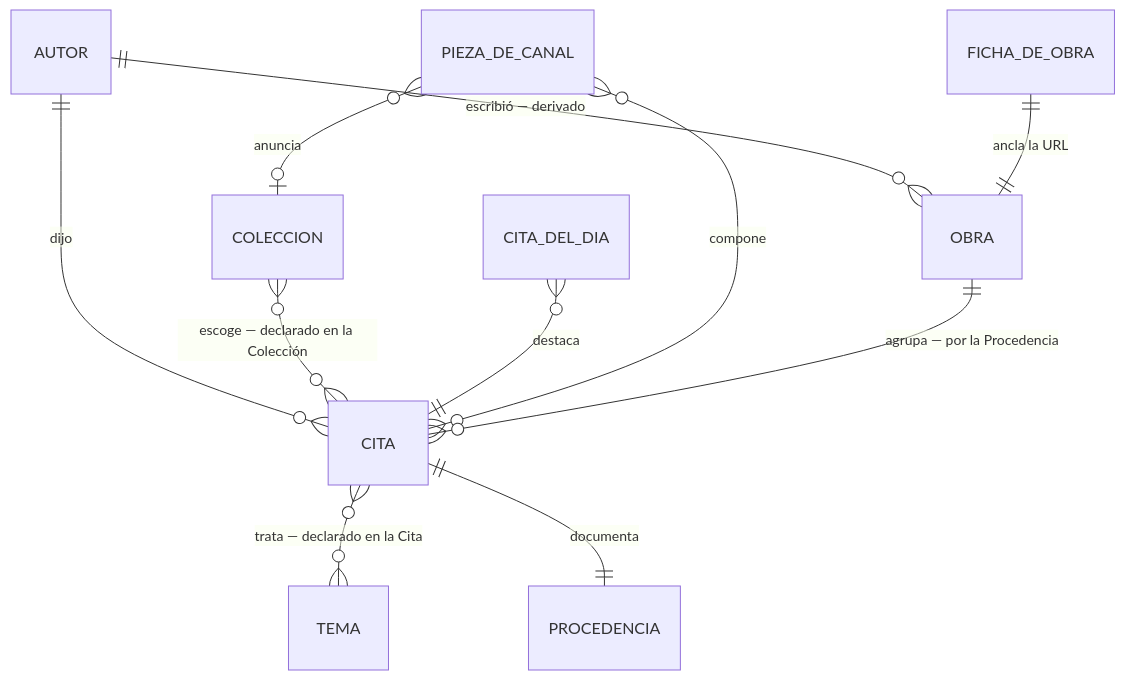
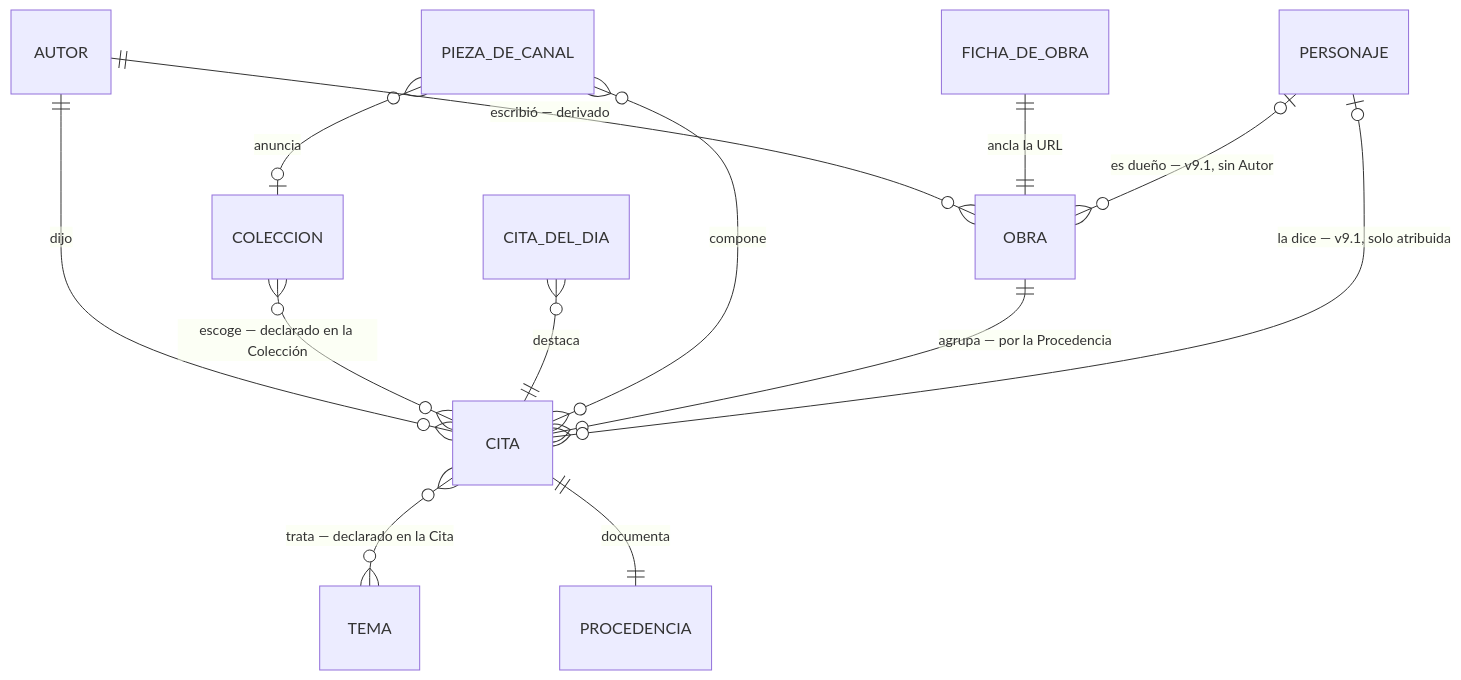
Before and after one commit to HectorGlez4/hectorglez4.github.io: the second of 3 diagrams in _bmad-output/planning-artifacts/architecture/architecture-brainlySabiduria-2026-08-10/ARCHITECTURE-SPINE.md, drawn with Mermaid. The commit also changed other lines of this file and 10 other files, not shown here.

First line of the commit message:
prd y arquitectura: v9.1, la Cita atribuida

````diff
--- a/_bmad-output/planning-artifacts/architecture/architecture-brainlySabiduria-2026-08-10/ARCHITECTURE-SPINE.md
+++ b/_bmad-output/planning-artifacts/architecture/architecture-brainlySabiduria-2026-08-10/ARCHITECTURE-SPINE.md
@@ -596,13 +673,15 @@
 ```mermaid
 erDiagram
   AUTOR ||--o{ CITA : "dijo"
   CITA }o--o{ TEMA : "trata — declarado en la Cita"
   COLECCION }o--o{ CITA : "escoge — declarado en la Colección"
   CITA ||--|| PROCEDENCIA : "documenta"
   CITA_DEL_DIA }o--|| CITA : "destaca"
   PIEZA_DE_CANAL }o--o{ CITA : "compone"
   PIEZA_DE_CANAL }o--o| COLECCION : "anuncia"
   AUTOR ||--o{ OBRA : "escribió — derivado"
   OBRA ||--o{ CITA : "agrupa — por la Procedencia"
   FICHA_DE_OBRA ||--|| OBRA : "ancla la URL"
+  PERSONAJE |o--o{ CITA : "la dice — v9.1, solo atribuida"
+  PERSONAJE |o--o{ OBRA : "es dueño — v9.1, sin Autor"
 ```
````
